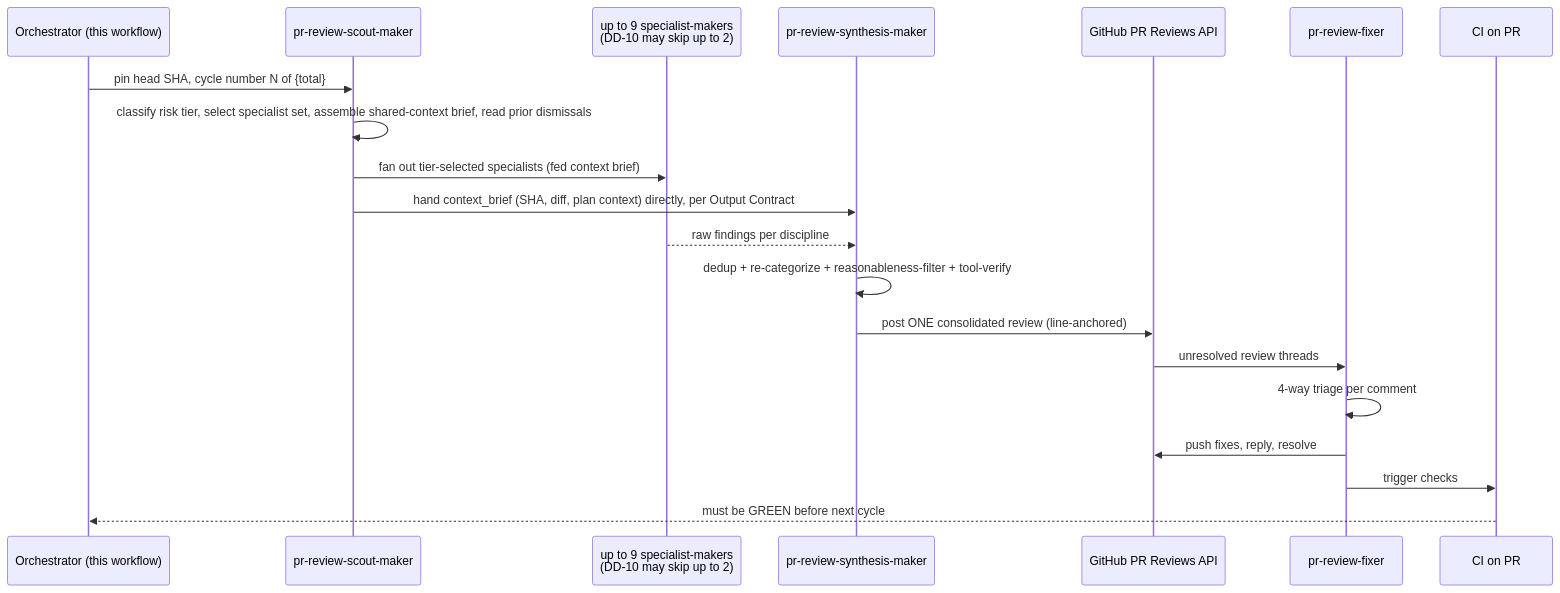
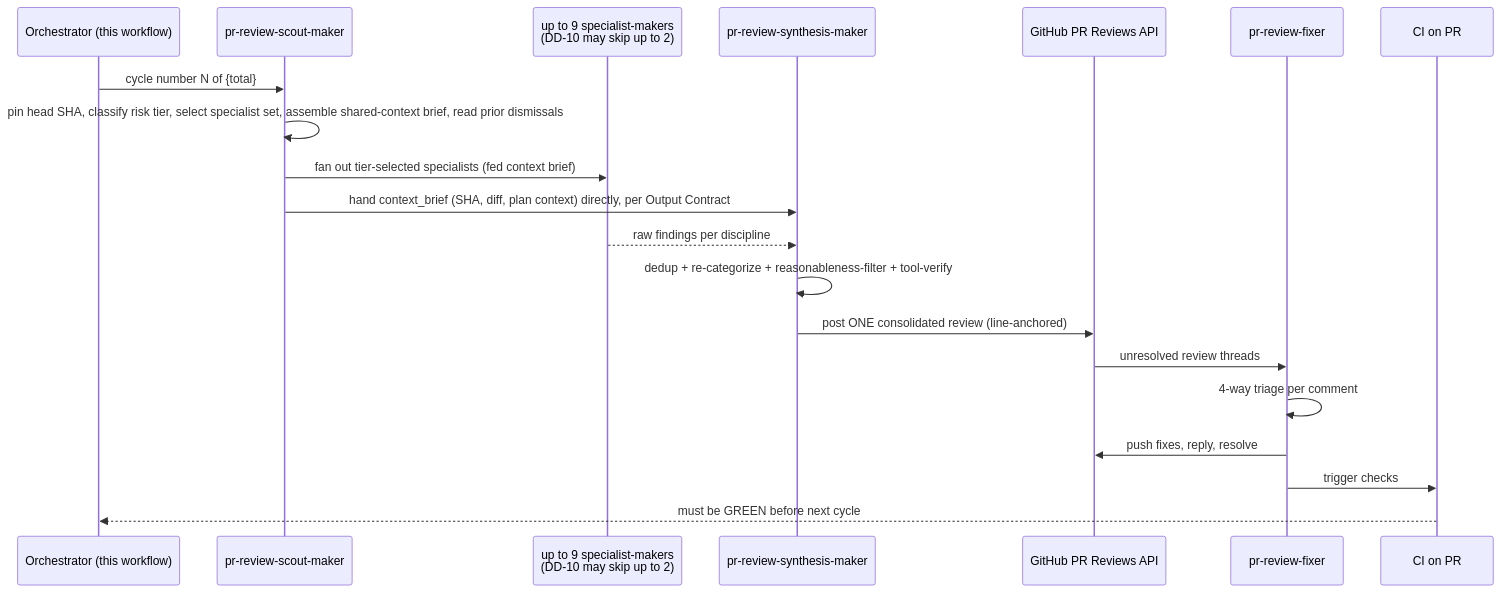
The second of 2 diagrams in repo-governance/workflows/pr/pr-review-quality-gate/pipeline-diagrams.md (wahidyankf/open-sharia-fintech), drawn with Mermaid before and after one commit. The commit also changed 39 other files, not shown here.

````diff
--- a/repo-governance/workflows/pr/pr-review-quality-gate/pipeline-diagrams.md
+++ b/repo-governance/workflows/pr/pr-review-quality-gate/pipeline-diagrams.md
@@ -49,23 +49,23 @@
 ```mermaid
 sequenceDiagram
   participant O as Orchestrator (this workflow)
   participant SC as pr-review-scout-maker
   participant SP as up to 9 specialist-makers<br/>(DD-10 may skip up to 2)
   participant SY as pr-review-synthesis-maker
   participant GH as GitHub PR Reviews API
   participant F as pr-review-fixer
   participant CI as CI on PR
 
-  O->>SC: pin head SHA, cycle number N of {total}
-  SC->>SC: classify risk tier, select specialist set, assemble shared-context brief, read prior dismissals
+  O->>SC: cycle number N of {total}
+  SC->>SC: pin head SHA, classify risk tier, select specialist set, assemble shared-context brief, read prior dismissals
   SC->>SP: fan out tier-selected specialists (fed context brief)
   SC->>SY: hand context_brief (SHA, diff, plan context) directly, per Output Contract
   SP-->>SY: raw findings per discipline
   SY->>SY: dedup + re-categorize + reasonableness-filter + tool-verify
   SY->>GH: post ONE consolidated review (line-anchored)
   GH->>F: unresolved review threads
   F->>F: 4-way triage per comment
   F->>GH: push fixes, reply, resolve
   F->>CI: trigger checks
   CI-->>O: must be GREEN before next cycle
 ```
````
